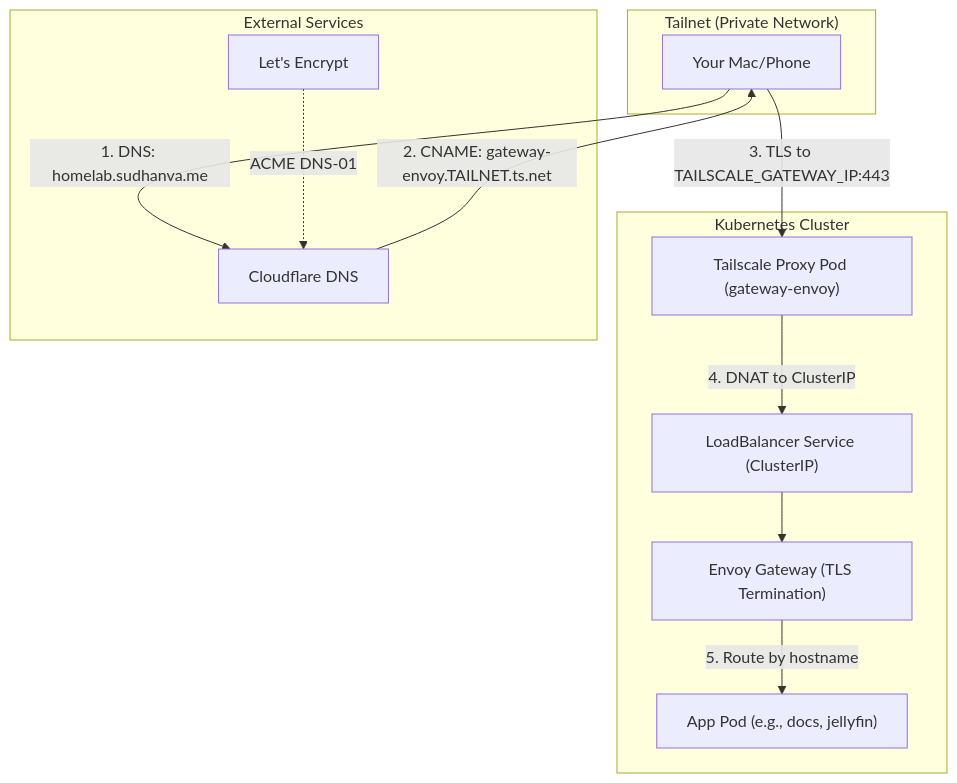
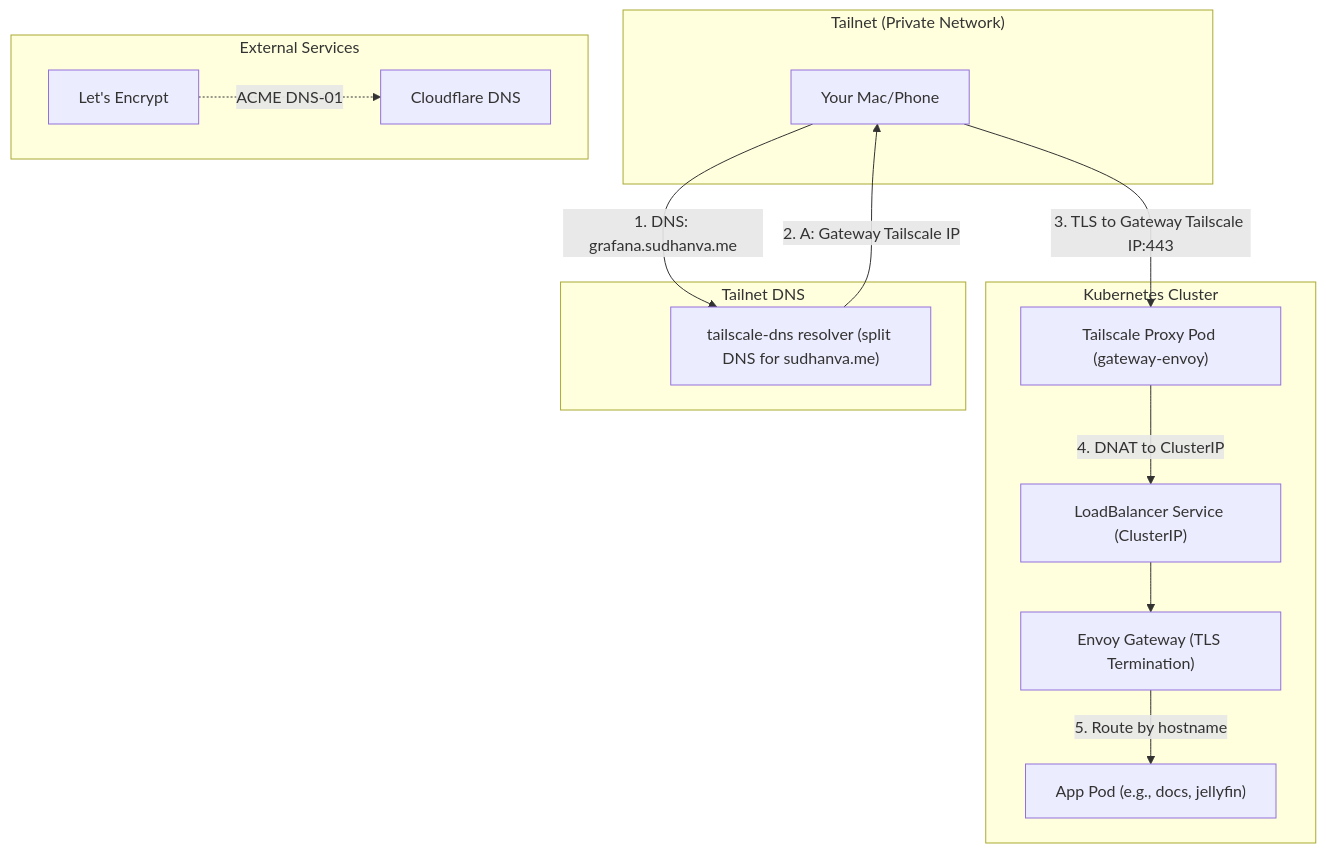
The first of 4 diagrams in docs/src/content/docs/explanation/gateway-networking.md (nsudhanva/homelab), drawn with Mermaid before and after one commit. The commit also changed other lines of this file and 46 other files, not shown here.

````diff
--- a/docs/src/content/docs/explanation/gateway-networking.md
+++ b/docs/src/content/docs/explanation/gateway-networking.md
@@ -23,27 +23,31 @@
 ```mermaid
 flowchart TB
     subgraph Tailnet["Tailnet (Private Network)"]
         Client["Your Mac/Phone"]
     end
 
     subgraph Cluster["Kubernetes Cluster"]
         TS["Tailscale Proxy Pod (gateway-envoy)"]
         SVC["LoadBalancer Service (ClusterIP)"]
         ENVOY["Envoy Gateway (TLS Termination)"]
         APP["App Pod (e.g., docs, jellyfin)"]
     end
 
+    subgraph DNS["Tailnet DNS"]
+        TSDNS["tailscale-dns resolver (split DNS for sudhanva.me)"]
+    end
+
     subgraph External["External Services"]
         CF["Cloudflare DNS"]
         LE["Let's Encrypt"]
     end
 
-    Client -->|"1. DNS: homelab.sudhanva.me"| CF
-    CF -->|"2. CNAME: gateway-envoy.TAILNET.ts.net"| Client
-    Client -->|"3. TLS to TAILSCALE_GATEWAY_IP:443"| TS
+    Client -->|"1. DNS: grafana.sudhanva.me"| TSDNS
+    TSDNS -->|"2. A: Gateway Tailscale IP"| Client
+    Client -->|"3. TLS to Gateway Tailscale IP:443"| TS
     TS -->|"4. DNAT to ClusterIP"| SVC
     SVC --> ENVOY
     ENVOY -->|"5. Route by hostname"| APP
 
     LE -.->|"ACME DNS-01"| CF
 ```
````
